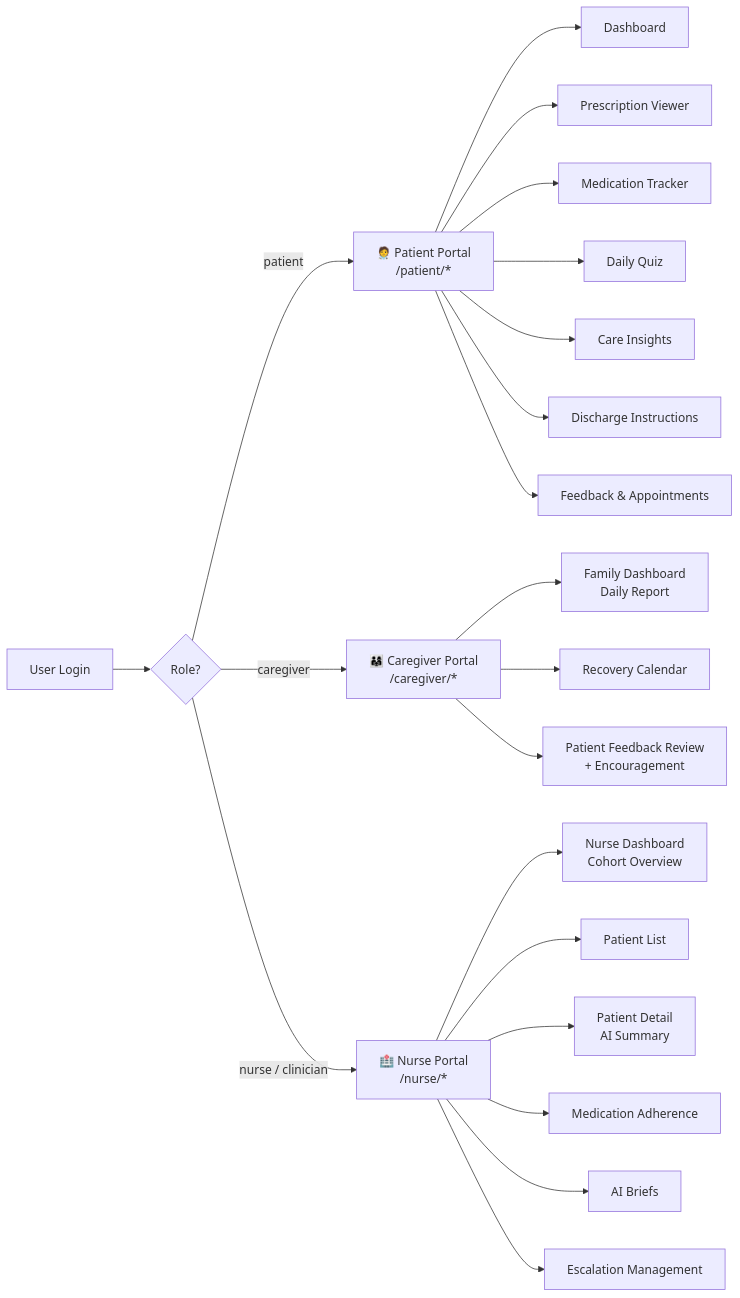
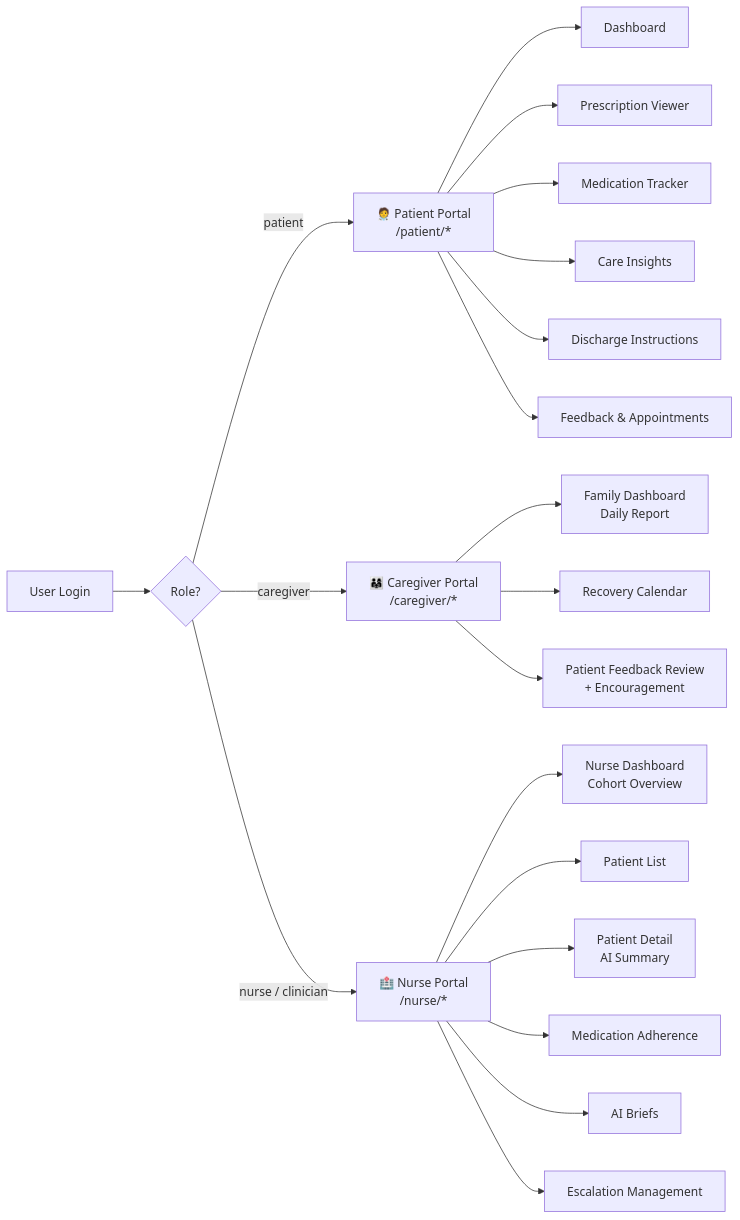
Before and after one commit to abhinavshankar17/MediBuddy: the second of 9 diagrams in README.md, drawn with Mermaid. The commit also changed other lines of this file, not shown here.

````diff
--- a/README.md
+++ b/README.md
@@ -126,27 +123,26 @@
 ```mermaid
 graph LR
     U[User Login] --> R{Role?}
 
     R -->|patient| P["🧑‍⚕️ Patient Portal\n/patient/*"]
     R -->|caregiver| C["👨‍👩‍👧 Caregiver Portal\n/caregiver/*"]
     R -->|"nurse / clinician"| N["🏥 Nurse Portal\n/nurse/*"]
 
     P --> P1[Dashboard]
     P --> P2[Prescription Viewer]
     P --> P3[Medication Tracker]
-    P --> P4[Daily Quiz]
-    P --> P5[Care Insights]
-    P --> P6[Discharge Instructions]
-    P --> P7[Feedback & Appointments]
+    P --> P4[Care Insights]
+    P --> P5[Discharge Instructions]
+    P --> P6[Feedback & Appointments]
 
     C --> C1["Family Dashboard\nDaily Report"]
     C --> C2[Recovery Calendar]
     C --> C3["Patient Feedback Review\n+ Encouragement"]
 
     N --> N1["Nurse Dashboard\nCohort Overview"]
     N --> N2[Patient List]
     N --> N3["Patient Detail\nAI Summary"]
     N --> N4[Medication Adherence]
     N --> N5[AI Briefs]
     N --> N6[Escalation Management]
 ```
````
